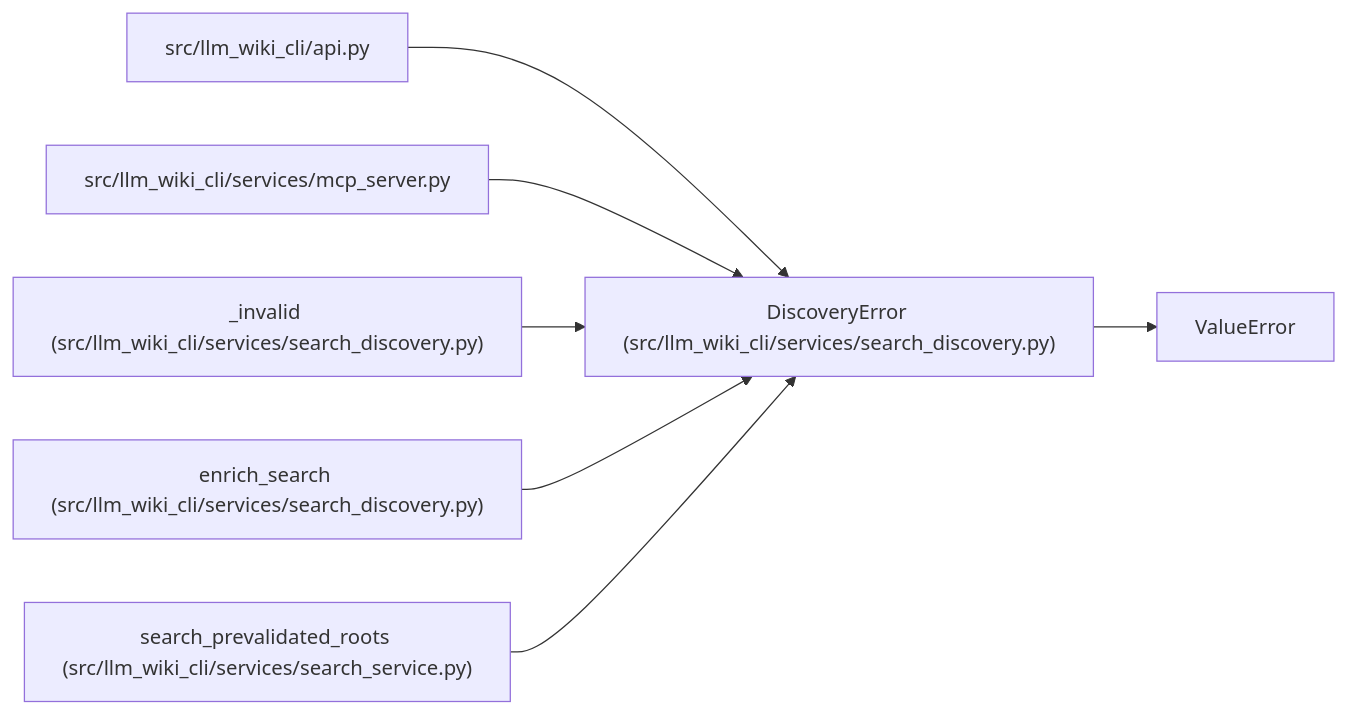
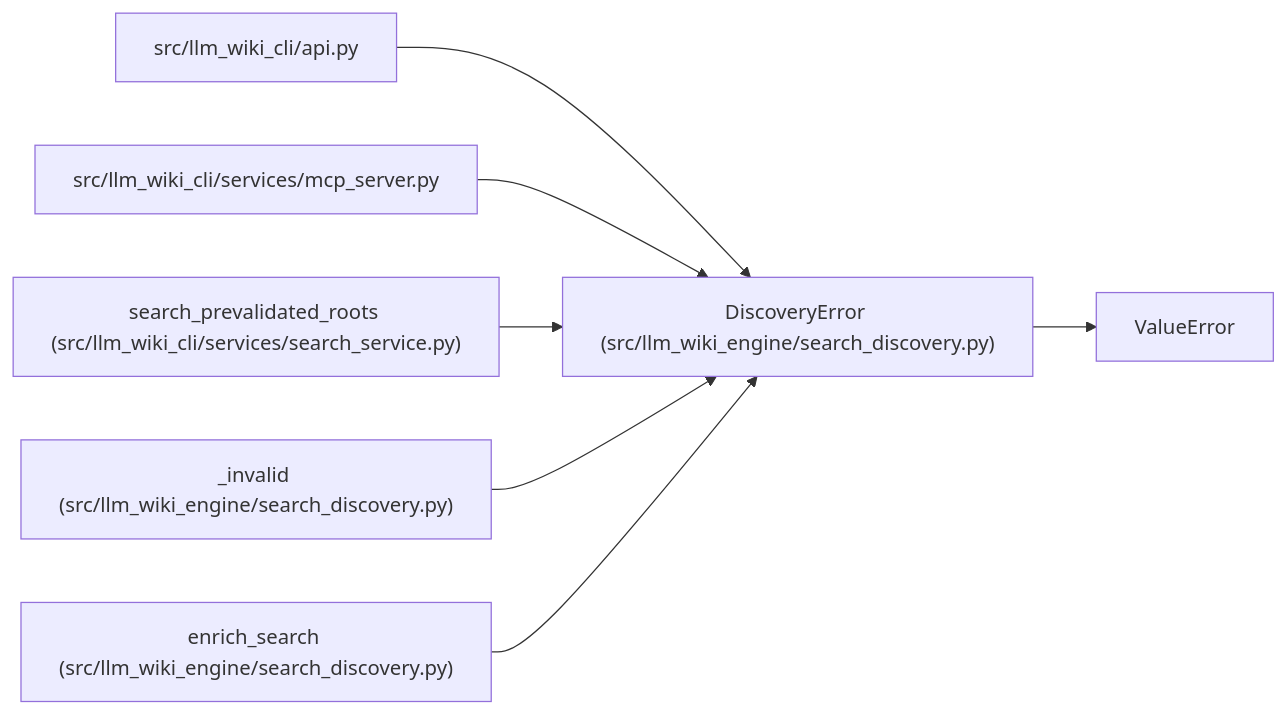
The diagram in docs/llm_wiki/entities/DiscoveryError.md (Denissvgn/python-wiki-llm), drawn with Mermaid before and after one commit. The commit also changed other lines of this file and 1103 other files, not shown here.

First line of the commit message:
docs: refresh the wiki for the llm-wiki-engine distribution

````diff
--- a/docs/llm_wiki/entities/DiscoveryError.md
+++ b/docs/llm_wiki/entities/DiscoveryError.md
@@ -25,22 +25,22 @@
 ```mermaid
 flowchart LR
-    n0["DiscoveryError (src/llm_wiki_cli/services/search_discovery.py)"]
+    n0["DiscoveryError (src/llm_wiki_engine/search_discovery.py)"]
     n1["ValueError"]
     n2["src/llm_wiki_cli/api.py"]
     n3["src/llm_wiki_cli/services/mcp_server.py"]
-    n4["_invalid (src/llm_wiki_cli/services/search_discovery.py)"]
-    n5["enrich_search (src/llm_wiki_cli/services/search_discovery.py)"]
-    n6["search_prevalidated_roots (src/llm_wiki_cli/services/search_service.py)"]
+    n4["search_prevalidated_roots (src/llm_wiki_cli/services/search_service.py)"]
+    n5["_invalid (src/llm_wiki_engine/search_discovery.py)"]
+    n6["enrich_search (src/llm_wiki_engine/search_discovery.py)"]
     n0 --> n1
     n2 --> n0
     n3 --> n0
     n4 --> n0
     n5 --> n0
     n6 --> n0
     click n0 "../modules/search_discovery.md"
     click n2 "../modules/api.md"
     click n3 "../modules/mcp_server.md"
-    click n4 "../modules/search_discovery.md"
+    click n4 "../modules/search_service.md"
     click n5 "../modules/search_discovery.md"
-    click n6 "../modules/search_service.md"
+    click n6 "../modules/search_discovery.md"
 ```
````
